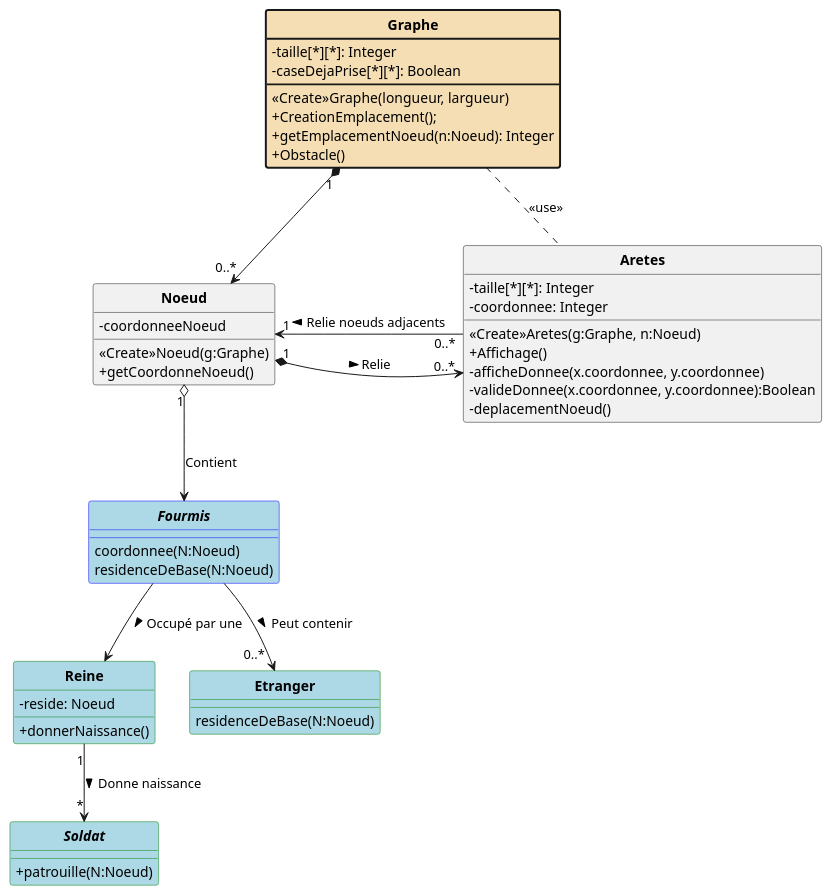
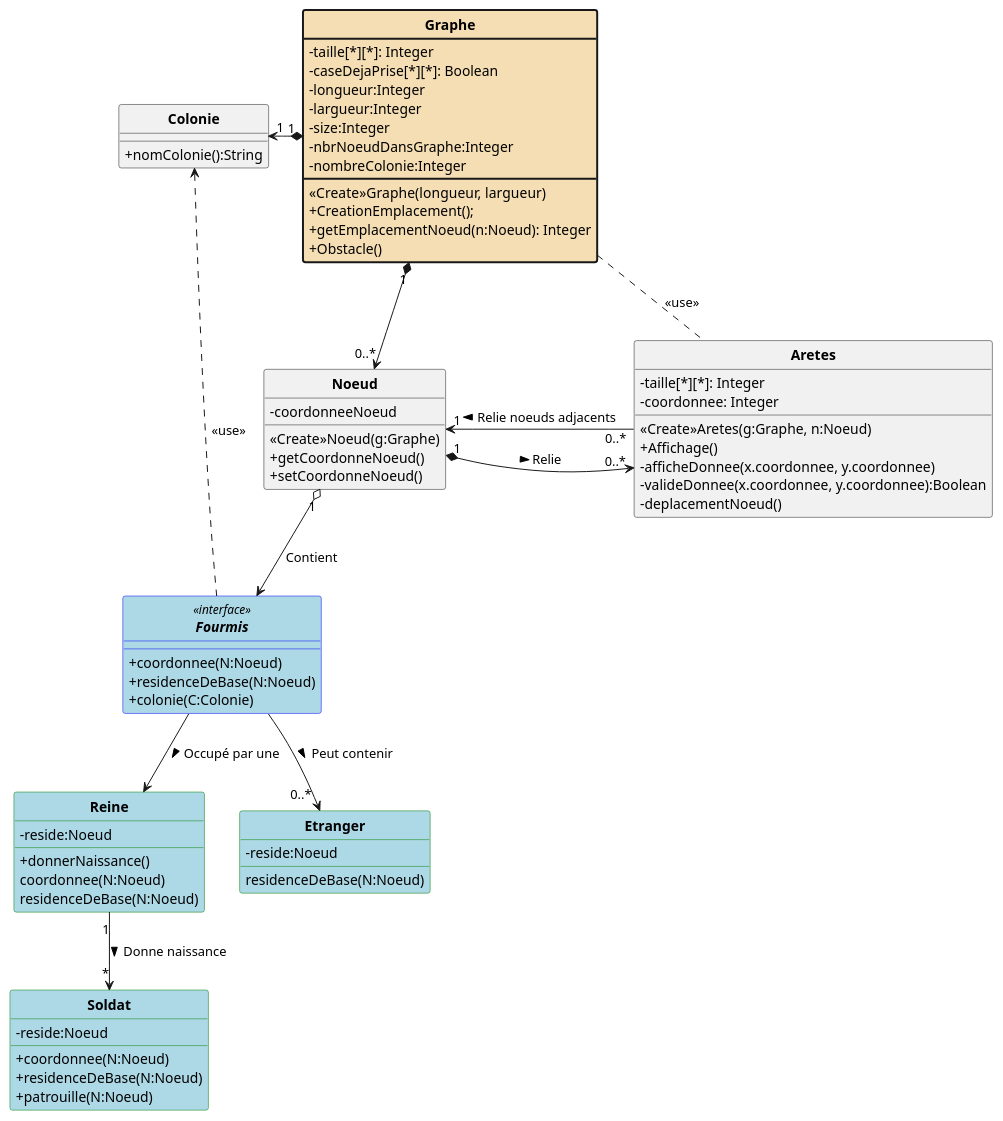
One commit to jvondermarck/ant-colony changed the diagram in plantUML/V1/Fourmis_DC_Conception.puml. Above: the diagram before and after it, drawn with PlantUML. The commit also changed 7 other files, not shown here.

```diff
--- a/plantUML/V1/Fourmis_DC_Conception.puml
+++ b/plantUML/V1/Fourmis_DC_Conception.puml
@@ -1,65 +1,85 @@
 @startuml
 'https://plantuml.com/class-diagram
 
 skinparam style strictuml
 skinparam classAttributeIconSize 0
 skinparam classFontStyle Bold
 hide enum methods
 
 class Graphe #back:Wheat;line.bold {
     -taille[*][*]: Integer
     -caseDejaPrise[*][*]: Boolean
+    -longueur:Integer
+    -largueur:Integer
+    -size:Integer
+    -nbrNoeudDansGraphe:Integer
+    -nombreColonie:Integer
 
     <<Create>>Graphe(longueur, largueur)
     +CreationEmplacement();
     +getEmplacementNoeud(n:Noeud): Integer
     +Obstacle()
 }
 
+
 class Noeud{
     -coordonneeNoeud
 
     <<Create>>Noeud(g:Graphe)
     +getCoordonneNoeud()
+    +setCoordonneNoeud()
 }
 
 class Aretes {
     -taille[*][*]: Integer
     -coordonnee: Integer
 
     <<Create>>Aretes(g:Graphe, n:Noeud)
     +Affichage()
     -afficheDonnee(x.coordonnee, y.coordonnee)
     -valideDonnee(x.coordonnee, y.coordonnee):Boolean
     -deplacementNoeud()
 }
 
-abstract class Fourmis #lightblue;line:blue {
+class Colonie {
+    +nomColonie():String
+}
+
+interface Fourmis <<interface>> #lightblue;line:blue {
+    +coordonnee(N:Noeud)
+    +residenceDeBase(N:Noeud)
+    +colonie(C:Colonie)
+}
+class Reine #lightblue;line:green {
+    -reside:Noeud
+    +donnerNaissance()
     coordonnee(N:Noeud)
     residenceDeBase(N:Noeud)
 }
-class Reine #lightblue;line:green {
-    -reside: Noeud
-    +donnerNaissance()
-}
-abstract class Soldat #lightblue;line:green {
+class Soldat #lightblue;line:green {
+    -reside:Noeud
+    +coordonnee(N:Noeud)
+    +residenceDeBase(N:Noeud)
     +patrouille(N:Noeud)
 }
 
 class Etranger #lightblue;line:green{
+    -reside:Noeud
     residenceDeBase(N:Noeud)
 }
 
 
 Graphe "1" *--> "0..*" Noeud
+Graphe "1" *-left-> "1" Colonie
 
 Noeud "\n1" *-> "0..*" Aretes : \n Relie  >
 Aretes "0..*" -> "1" Noeud : Relie noeuds adjacents >
 
 Graphe .. Aretes : <<use>>
+Colonie <.. Fourmis : <<use>>
 Noeud "1" o--> Fourmis : Contient
 Fourmis --> Reine : Occupé par une >
 Fourmis --> "\t\t0..*" Etranger : Peut contenir >
 Reine "1" --> "*" Soldat : Donne naissance >
 
 @enduml
```
